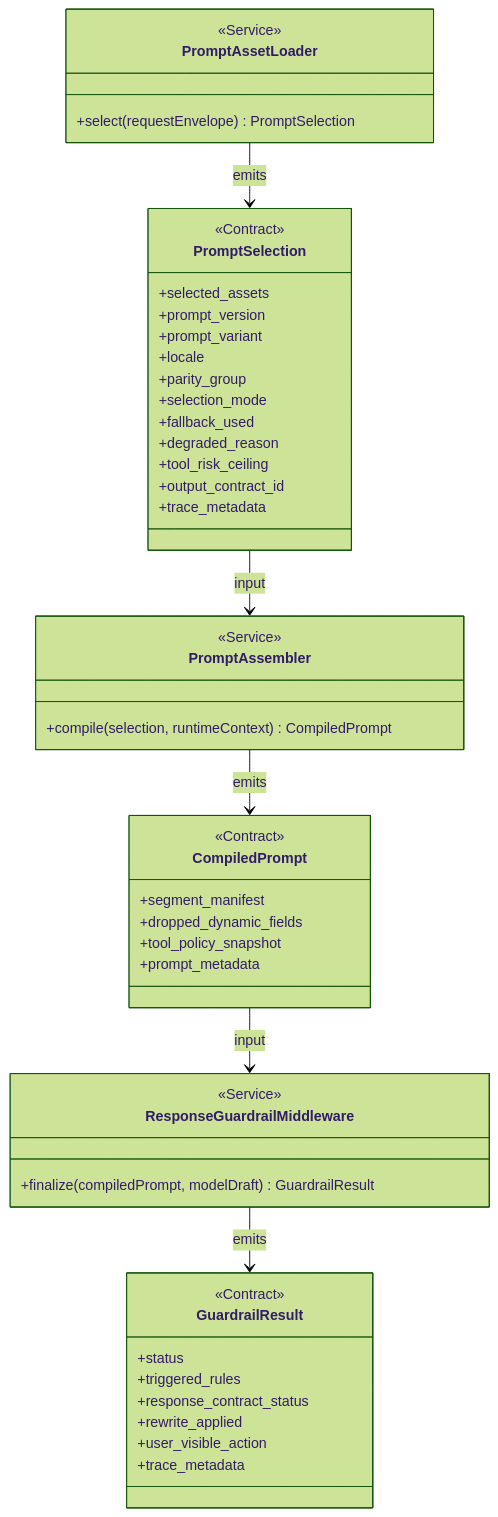
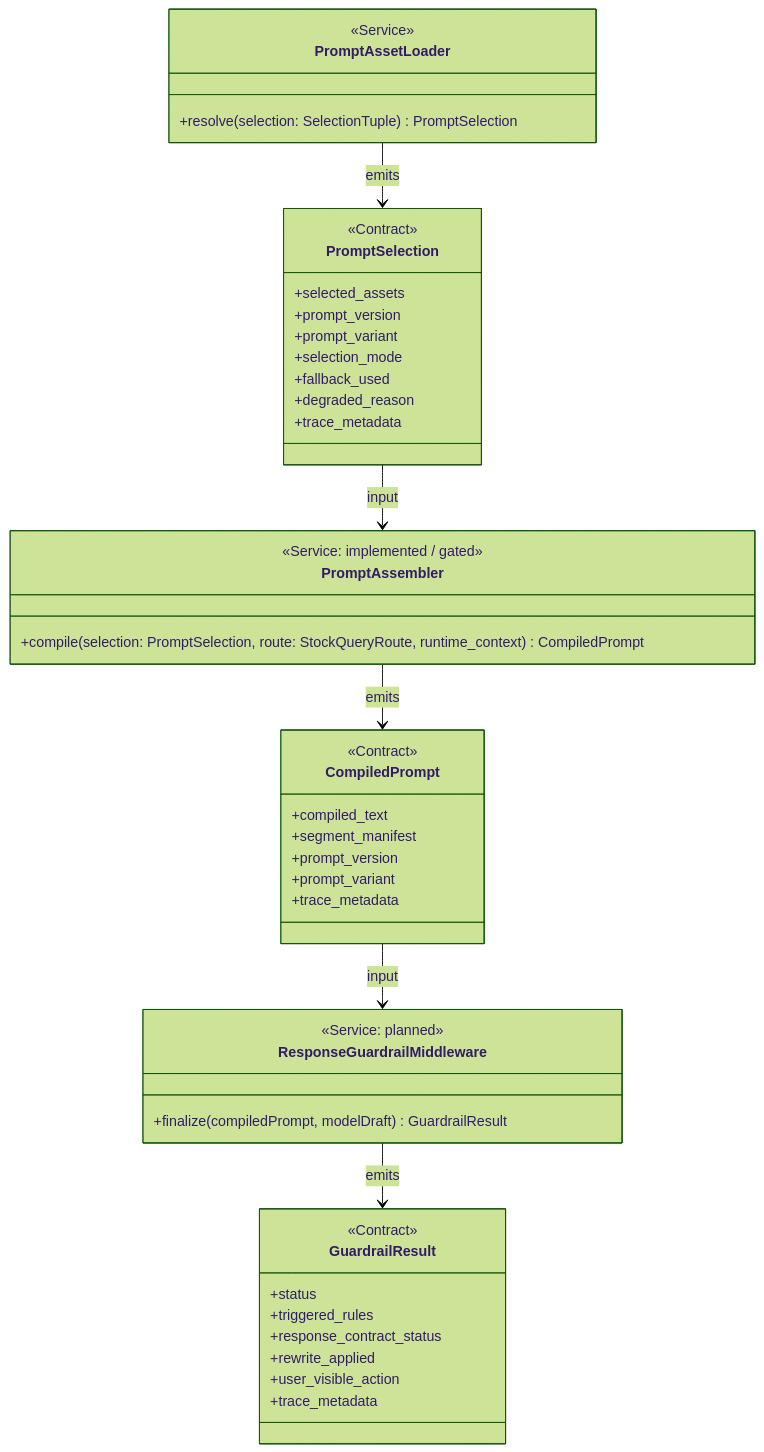
Before and after one commit to d-dragon/dp-stock-investment-assistant: the seventh of 20 diagrams in docs/domains/agent/TECHNICAL_DESIGN.md, drawn with Mermaid (forest theme). The commit also changed other lines of this file, not shown here.

````diff
--- a/docs/domains/agent/TECHNICAL_DESIGN.md
+++ b/docs/domains/agent/TECHNICAL_DESIGN.md
@@ -537,51 +646,48 @@
 ```mermaid
 classDiagram
 	class PromptAssetLoader {
 		<<Service>>
-		+select(requestEnvelope) PromptSelection
+		+resolve(selection: SelectionTuple) PromptSelection
 	}
 	class PromptAssembler {
-		<<Service>>
-		+compile(selection, runtimeContext) CompiledPrompt
+		<<Service: implemented / gated>>
+		+compile(selection: PromptSelection, route: StockQueryRoute, runtime_context) CompiledPrompt
 	}
 	class ResponseGuardrailMiddleware {
-		<<Service>>
+		<<Service: planned>>
 		+finalize(compiledPrompt, modelDraft) GuardrailResult
 	}
 	class PromptSelection {
 		<<Contract>>
 		+selected_assets
 		+prompt_version
 		+prompt_variant
-		+locale
-		+parity_group
 		+selection_mode
 		+fallback_used
 		+degraded_reason
-		+tool_risk_ceiling
-		+output_contract_id
 		+trace_metadata
 	}
 	class CompiledPrompt {
 		<<Contract>>
+		+compiled_text
 		+segment_manifest
-		+dropped_dynamic_fields
-		+tool_policy_snapshot
-		+prompt_metadata
+		+prompt_version
+		+prompt_variant
+		+trace_metadata
 	}
 	class GuardrailResult {
 		<<Contract>>
 		+status
 		+triggered_rules
 		+response_contract_status
 		+rewrite_applied
 		+user_visible_action
 		+trace_metadata
 	}
 
 	PromptAssetLoader --> PromptSelection : emits
 	PromptSelection --> PromptAssembler : input
 	PromptAssembler --> CompiledPrompt : emits
 	CompiledPrompt --> ResponseGuardrailMiddleware : input
 	ResponseGuardrailMiddleware --> GuardrailResult : emits
 ```
````
